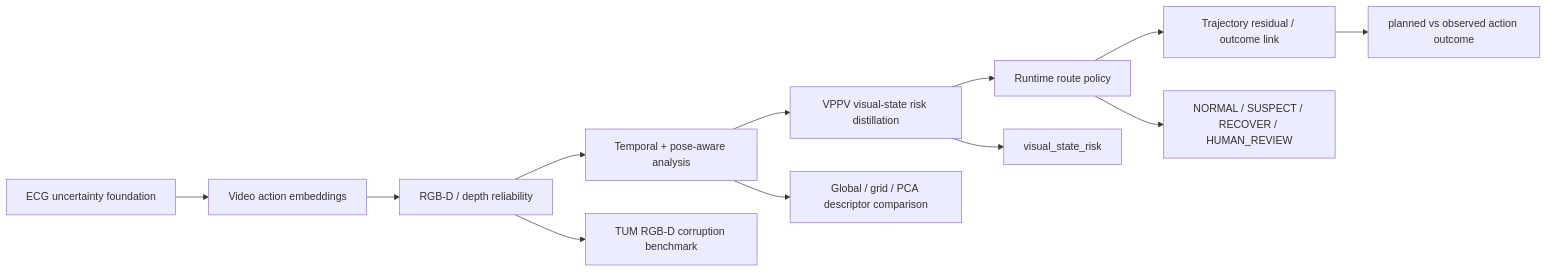
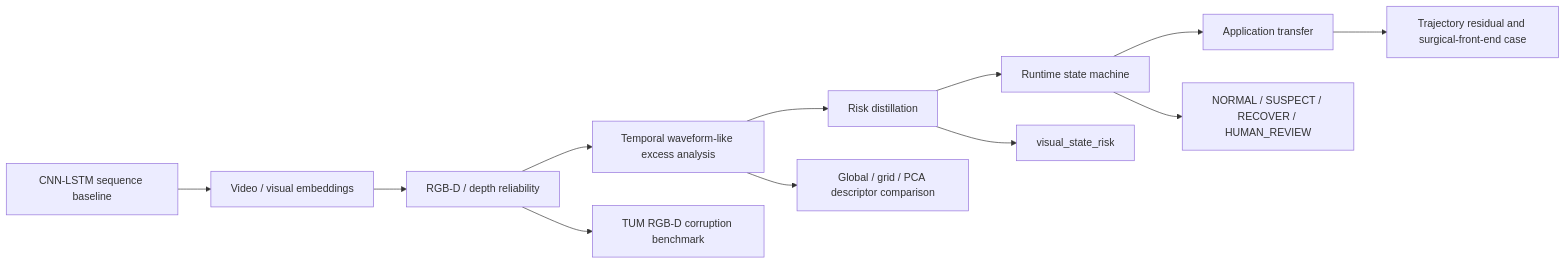
The diagram in docs/project_overview.md (Tengyu-w/reliability-aware-robot-perception), drawn with Mermaid before and after one commit. The commit also changed other lines of this file and 16 other files, not shown here.

````diff
--- a/docs/project_overview.md
+++ b/docs/project_overview.md
@@ -17,15 +21,15 @@
 ```mermaid
 flowchart LR
-    A["ECG uncertainty foundation"] --> B["Video action embeddings"]
+    A["CNN-LSTM sequence baseline"] --> B["Video / visual embeddings"]
     B --> C["RGB-D / depth reliability"]
-    C --> D["Temporal + pose-aware analysis"]
-    D --> E["VPPV visual-state risk distillation"]
-    E --> F["Runtime route policy"]
-    F --> G["Trajectory residual / outcome link"]
+    C --> D["Temporal waveform-like excess analysis"]
+    D --> E["Risk distillation"]
+    E --> F["Runtime state machine"]
+    F --> G["Application transfer"]
 
     C --> C1["TUM RGB-D corruption benchmark"]
     D --> D1["Global / grid / PCA descriptor comparison"]
     E --> E1["visual_state_risk"]
     F --> F1["NORMAL / SUSPECT / RECOVER / HUMAN_REVIEW"]
-    G --> G1["planned vs observed action outcome"]
+    G --> G1["Trajectory residual and surgical-front-end case"]
 ```
````
